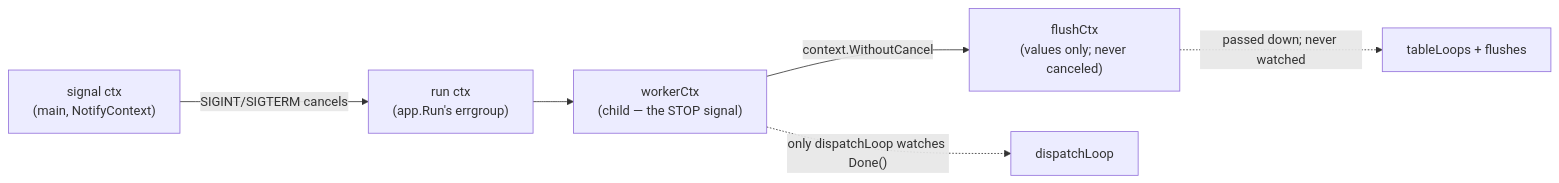
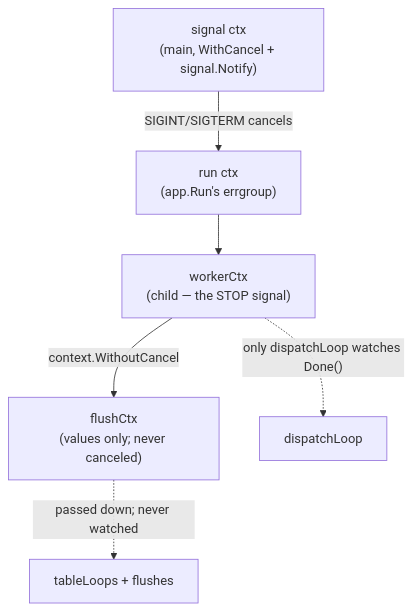
Before and after one commit to Wave-RF/WaveHouse: the fifth of 8 diagrams in docs/src/content/docs/ingest-pipeline.md, drawn with Mermaid. The commit also changed other lines of this file and 8 other files, not shown here.

Commit message:
fix(app): end SSE streams and ignore SIGHUP once a stop begins, exit on a second signal, and bound Close with a context

````diff
--- a/docs/src/content/docs/ingest-pipeline.md
+++ b/docs/src/content/docs/ingest-pipeline.md
@@ -156,8 +156,8 @@
 ```mermaid
-flowchart LR
-    PC["signal ctx<br/>(main, NotifyContext)"] -->|"SIGINT/SIGTERM cancels"| RC["run ctx<br/>(app.Run's errgroup)"]
+flowchart TB
+    PC["signal ctx<br/>(main, WithCancel + signal.Notify)"] -->|"SIGINT/SIGTERM cancels"| RC["run ctx<br/>(app.Run's errgroup)"]
     RC --> WC["workerCtx<br/>(child — the STOP signal)"]
     WC -->|"context.WithoutCancel"| FC["flushCtx<br/>(values only; never canceled)"]
     WC -.->|"only dispatchLoop watches Done()"| D[dispatchLoop]
     FC -.->|"passed down; never watched"| TL["tableLoops + flushes"]
 ```
````
